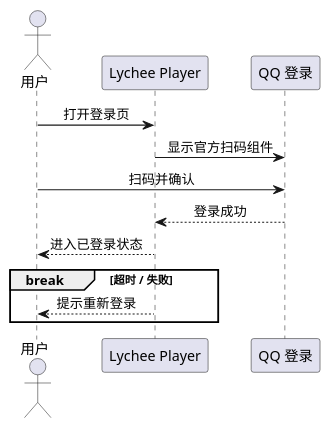
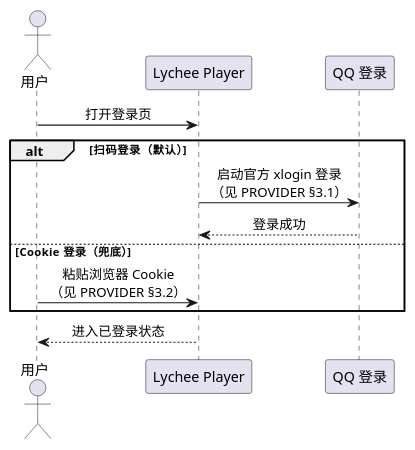
The diagram in diagram/seq-login.puml (54m43lJ/LycheePlayer), drawn with PlantUML before and after one commit. The commit also changed 10 other files, not shown here.

Commit message:
docs: 落实拍板结果——MPRIS 归 PROVIDER、原型归 USER、补 Cookie 登录流程

```diff
--- a/diagram/seq-login.puml
+++ b/diagram/seq-login.puml
@@ -1,18 +1,17 @@
 @startuml seq-login
 skinparam shadowing false
 skinparam defaultTextAlignment center
 
 actor 用户 as U
 participant "Lychee Player" as APP
 participant "QQ 登录" as QQ
 
 U -> APP : 打开登录页
-APP -> QQ : 显示官方扫码组件
-U -> QQ : 扫码并确认
-QQ --> APP : 登录成功
+alt 扫码登录（默认）
+  APP -> QQ : 启动官方 xlogin 登录\n（见 PROVIDER §3.1）
+  QQ --> APP : 登录成功
+else Cookie 登录（兜底）
+  U -> APP : 粘贴浏览器 Cookie\n（见 PROVIDER §3.2）
+end
 APP --> U : 进入已登录状态
-
-break 超时 / 失败
-  APP --> U : 提示重新登录
-end
 @enduml
```
